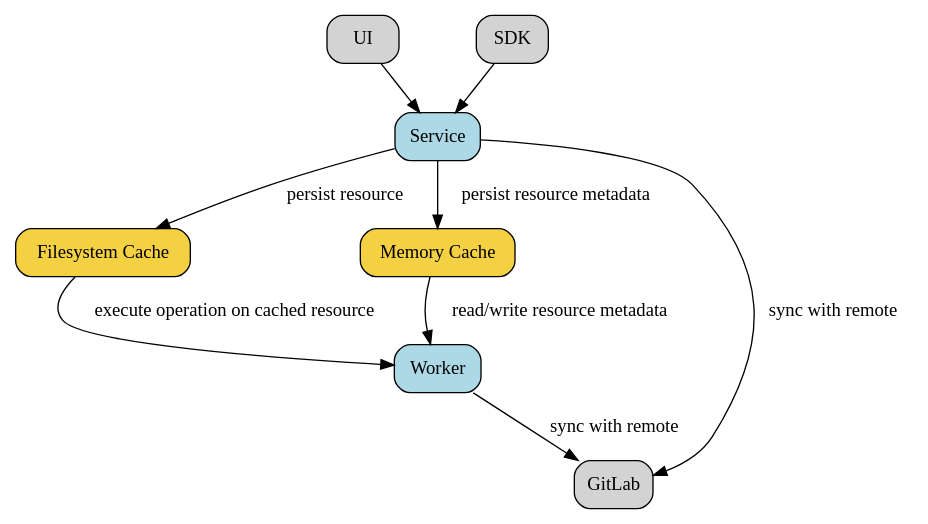
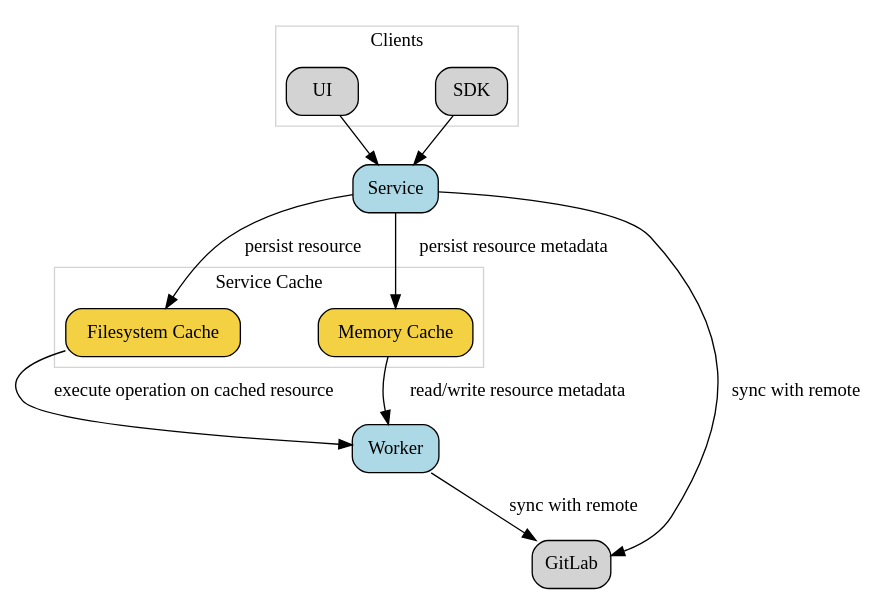
One commit to SwissDataScienceCenter/renku changed the diagram in docs/_static/graphviz/core_service_architecture.dot. Above: the diagram before and after it, drawn with Graphviz.

Commit message:
docs: added group box for client and service cache

```diff
--- a/docs/_static/graphviz/core_service_architecture.dot
+++ b/docs/_static/graphviz/core_service_architecture.dot
@@ -1,33 +1,46 @@
 strict digraph architecture {
   compound=true;
   newrank=true;
 
   graph [fontname="Raleway", nodesep="0.8"];
   node [shape="rect", style="filled,rounded", fontname="Raleway"];
   edge [fontname="Raleway"]
 
   Service [fillcolor="lightblue"]
   "Filesystem Cache" [fillcolor="#f4d142"]
   "Memory Cache" [fillcolor="#f4d142"]
   GitLab [fillcolor=""]
   Worker [fillcolor="lightblue"]
 
   subgraph service_clients {
     label="Clients"
     UI -> Service
     SDK -> Service
     {rank=same; UI, SDK};
 
   }
 
   Service -> "Filesystem Cache" [label=" persist resource"]
   Service -> "Memory Cache" [label=" persist resource metadata"]
   Service -> GitLab [label=" sync with remote"]
 
   "Filesystem Cache" -> Worker [label=" execute operation on cached resource"]
   "Memory Cache" -> Worker [label=" read/write resource metadata"]
 
   Worker -> GitLab [label=" sync with remote"]
 
+  subgraph cluster_service_cache {
+    color="lightgray";
+    label="Service Cache";
+    "Filesystem Cache" [fillcolor="#f4d142"]
+    "Memory Cache" [fillcolor="#f4d142"]
+  }
+
+  subgraph cluster_service_client {
+      color="lightgray";
+      label="Clients";
+      UI
+      SDK
+    }
 
 }
```
